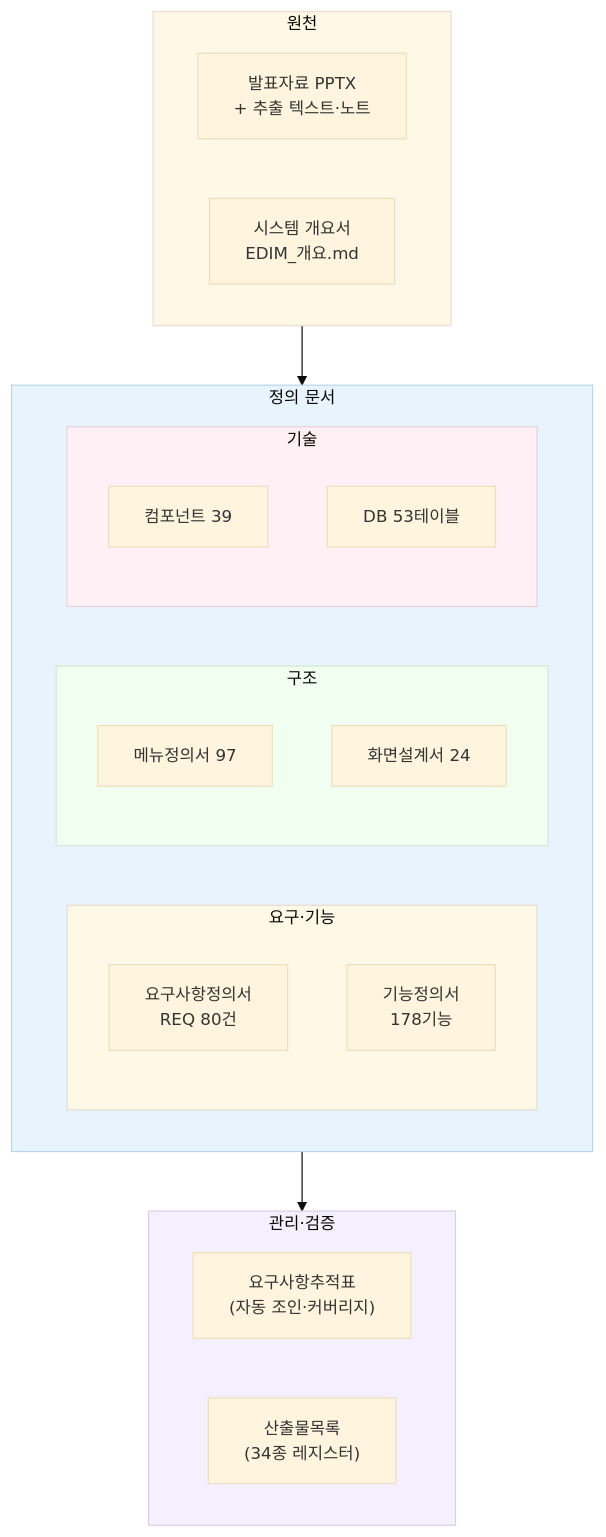
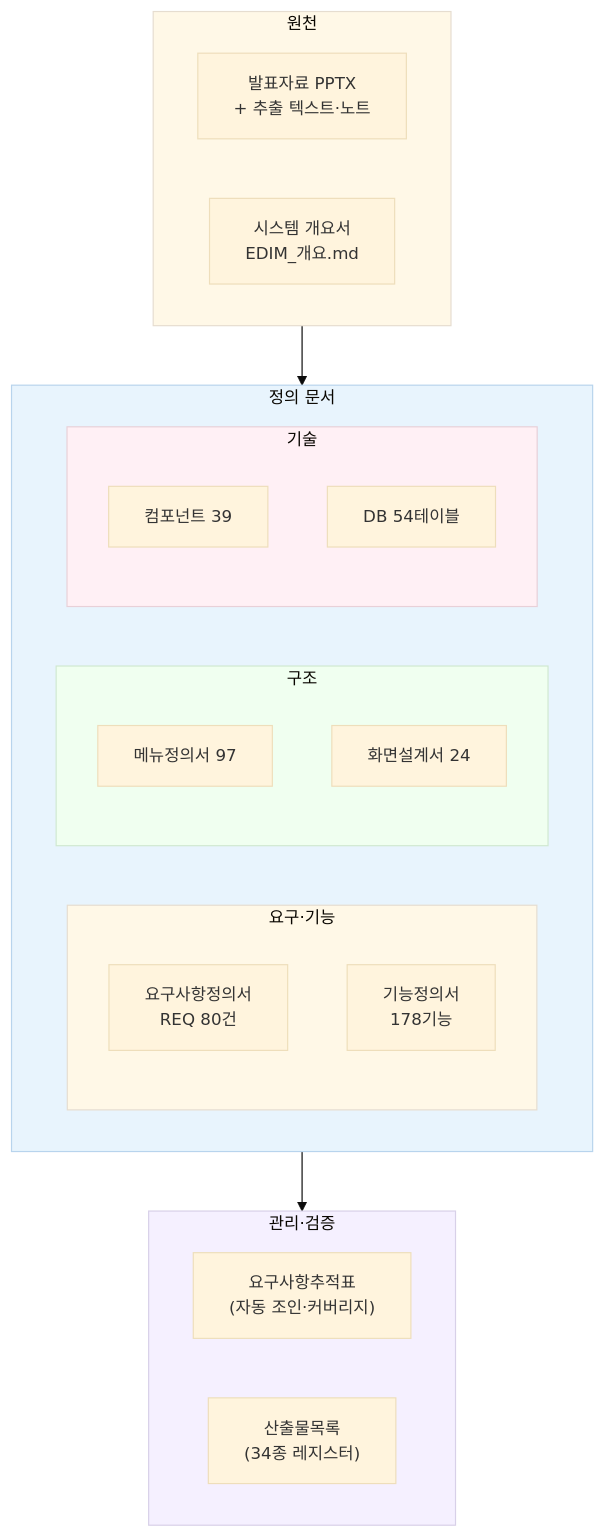
The diagram in edim-ai-blueprint/docs/README.md (fankh/external-projects), drawn with Mermaid before and after one commit. The commit also changed other lines of this file and 20 other files, not shown here.

````diff
--- a/edim-ai-blueprint/docs/README.md
+++ b/edim-ai-blueprint/docs/README.md
@@ -19,44 +19,44 @@
 ```mermaid
 %%{init: {'theme': 'base', 'themeVariables': { 'fontSize': '14px' }, 'flowchart': { 'useMaxWidth': true }}}%%
 flowchart TB
     subgraph SRC["원천"]
         direction LR
         PPT["발표자료 PPTX<br/>+ 추출 텍스트·노트"]
         OV["시스템 개요서<br/>EDIM_개요.md"]
     end
 
     subgraph DEF["정의 문서"]
         direction LR
         subgraph DEF1["요구·기능"]
             direction TB
             REQ["요구사항정의서<br/>REQ 80건"]
             FEAT["기능정의서<br/>178기능"]
         end
         subgraph DEF2["구조"]
             direction TB
             MENU["메뉴정의서 97"]
             SCR["화면설계서 24"]
         end
         subgraph DEF3["기술"]
             direction TB
             COMP["컴포넌트 39"]
-            DB["DB 53테이블"]
+            DB["DB 54테이블"]
         end
     end
 
     subgraph CTRL["관리·검증"]
         direction LR
         RTM["요구사항추적표<br/>(자동 조인·커버리지)"]
         REG["산출물목록<br/>(34종 레지스터)"]
     end
 
     SRC --> DEF
     DEF --> CTRL
 
     style SRC fill:#FFF8E7,stroke:#E6DDD0,stroke-width:1px
     style DEF fill:#E8F4FD,stroke:#B8D4ED,stroke-width:1px
     style DEF1 fill:#FFF8E7,stroke:#E6DDD0,stroke-width:1px
     style DEF2 fill:#F0FFF0,stroke:#D0E8D0,stroke-width:1px
     style DEF3 fill:#FFF0F5,stroke:#E8D0D8,stroke-width:1px
     style CTRL fill:#F5F0FF,stroke:#D8D0E8,stroke-width:1px
 ```
````
